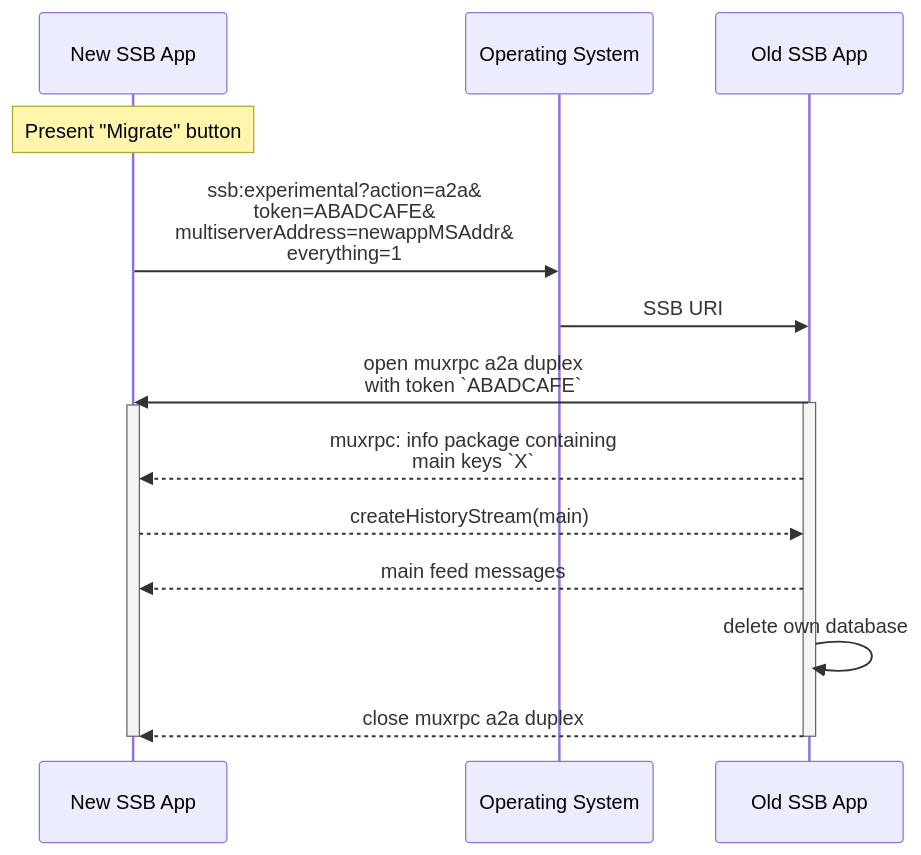
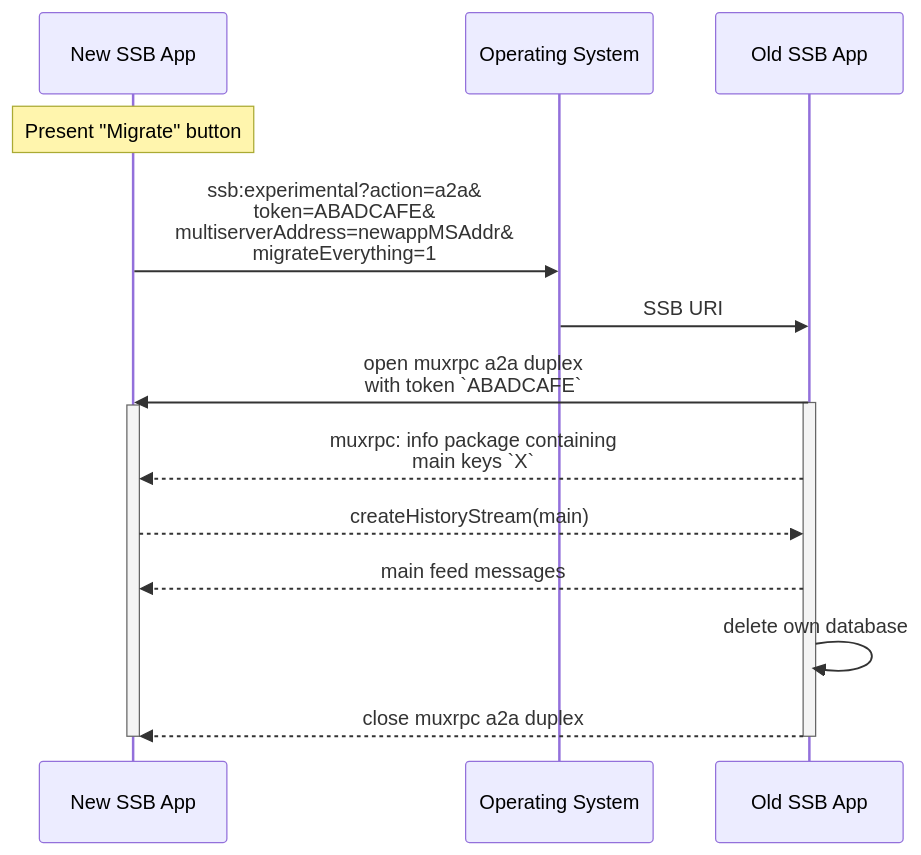
One commit to ssb-ngi-pointer/a2a-spec-archived changed the second of 3 diagrams in Examples.md. Above: the diagram before and after it, drawn with Mermaid. The commit also changed 1 other file, not shown here.

Commit message:
tiny rename in one example

````diff
--- a/Examples.md
+++ b/Examples.md
@@ -33,20 +33,20 @@
 ```mermaid
 sequenceDiagram
   participant new as New SSB App
   participant os as Operating System
   participant old as Old SSB App
 
   Note over new: Present "Migrate" button
-  new->>os: ssb:experimental?action=a2a&<br/>token=ABADCAFE&<br/>multiserverAddress=newappMSAddr&<br/>everything=1
+  new->>os: ssb:experimental?action=a2a&<br/>token=ABADCAFE&<br/>multiserverAddress=newappMSAddr&<br/>migrateEverything=1
   os->>old: SSB URI
   old->>new: open muxrpc a2a duplex<br/>with token `ABADCAFE`
   activate old
   activate new
   old-->>new: muxrpc: info package containing<br />main keys `X`
   new-->>old: createHistoryStream(main)
   old-->>new: main feed messages
   old->>old: delete own database
   old-->>new: close muxrpc a2a duplex
   deactivate new
   deactivate old
 ```
````
